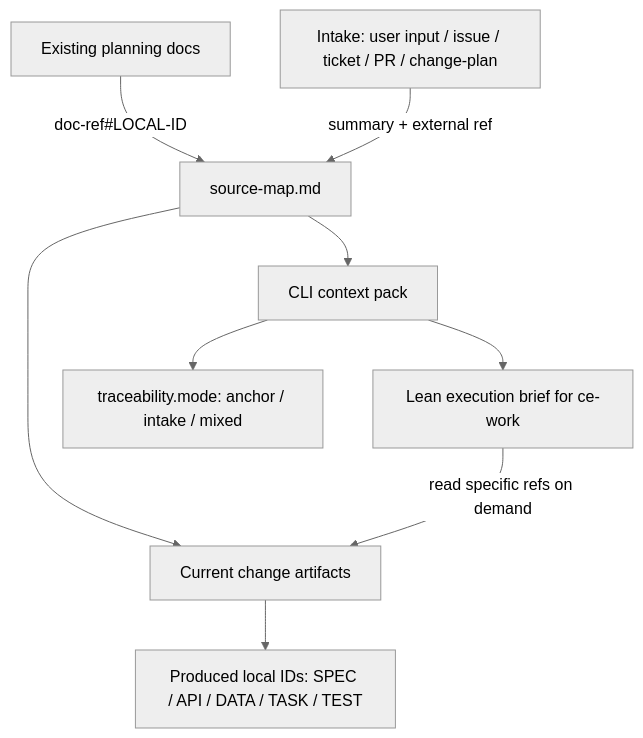
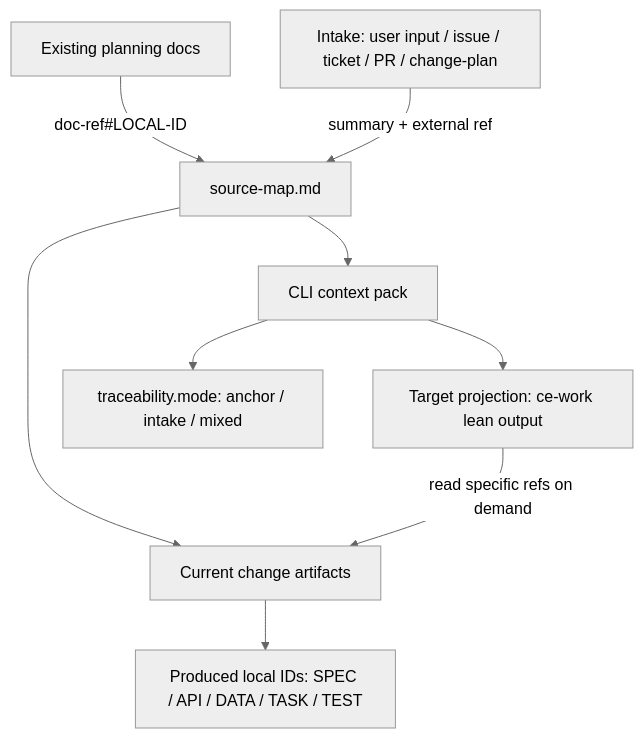
Before and after one commit to AISEE-LAB/aisee-plugin: the diagram in docs/plans/2026-06-10-001-refactor-intake-source-traceability-plan.md, drawn with Mermaid (neutral theme). The commit also changed other lines of this file, not shown here.

````diff
--- a/docs/plans/2026-06-10-001-refactor-intake-source-traceability-plan.md
+++ b/docs/plans/2026-06-10-001-refactor-intake-source-traceability-plan.md
@@ -51,11 +59,11 @@
 ```mermaid
 flowchart TB
   A["Existing planning docs"] -->|doc-ref#LOCAL-ID| C["source-map.md"]
   B["Intake: user input / issue / ticket / PR / change-plan"] -->|summary + external ref| C
   C --> D["Current change artifacts"]
   D --> E["Produced local IDs: SPEC / API / DATA / TASK / TEST"]
   C --> F["CLI context pack"]
   F --> G["traceability.mode: anchor / intake / mixed"]
-  F --> H["Lean execution brief for ce-work"]
+  F --> H["Target projection: ce-work lean output"]
   H -->|read specific refs on demand| D
 ```
````
